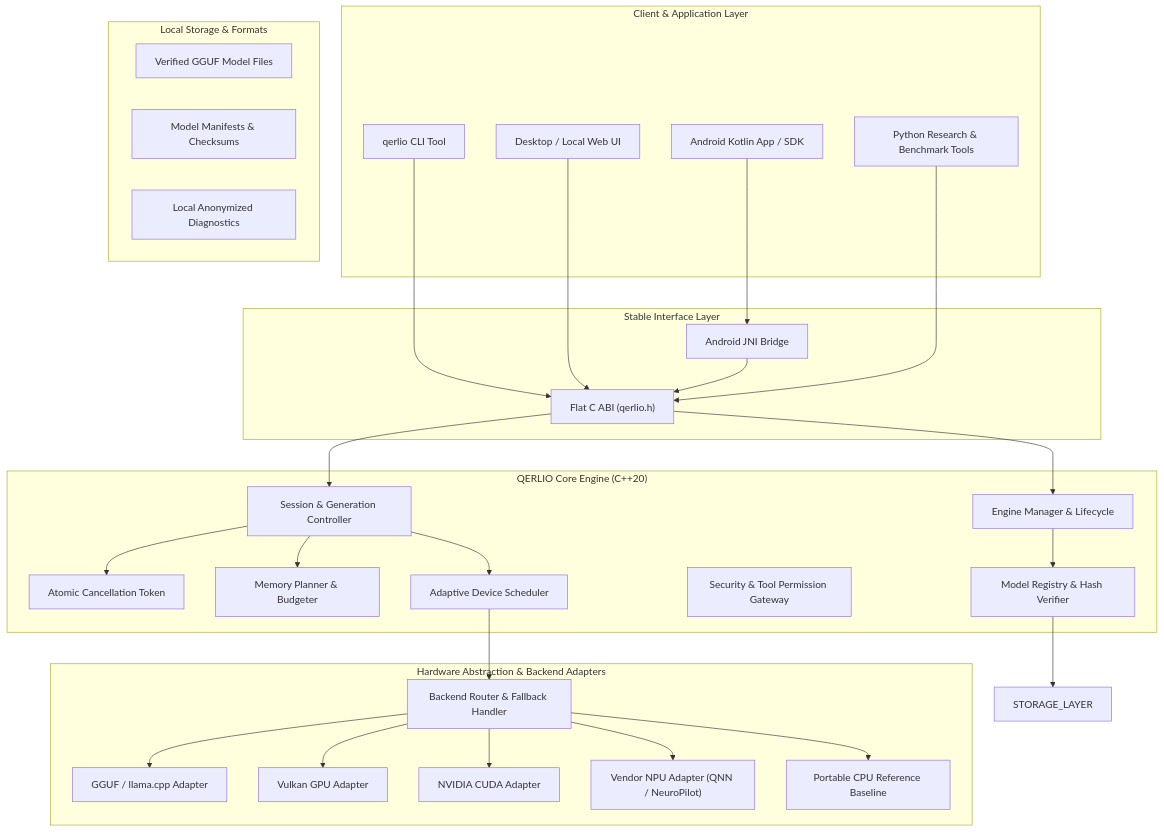
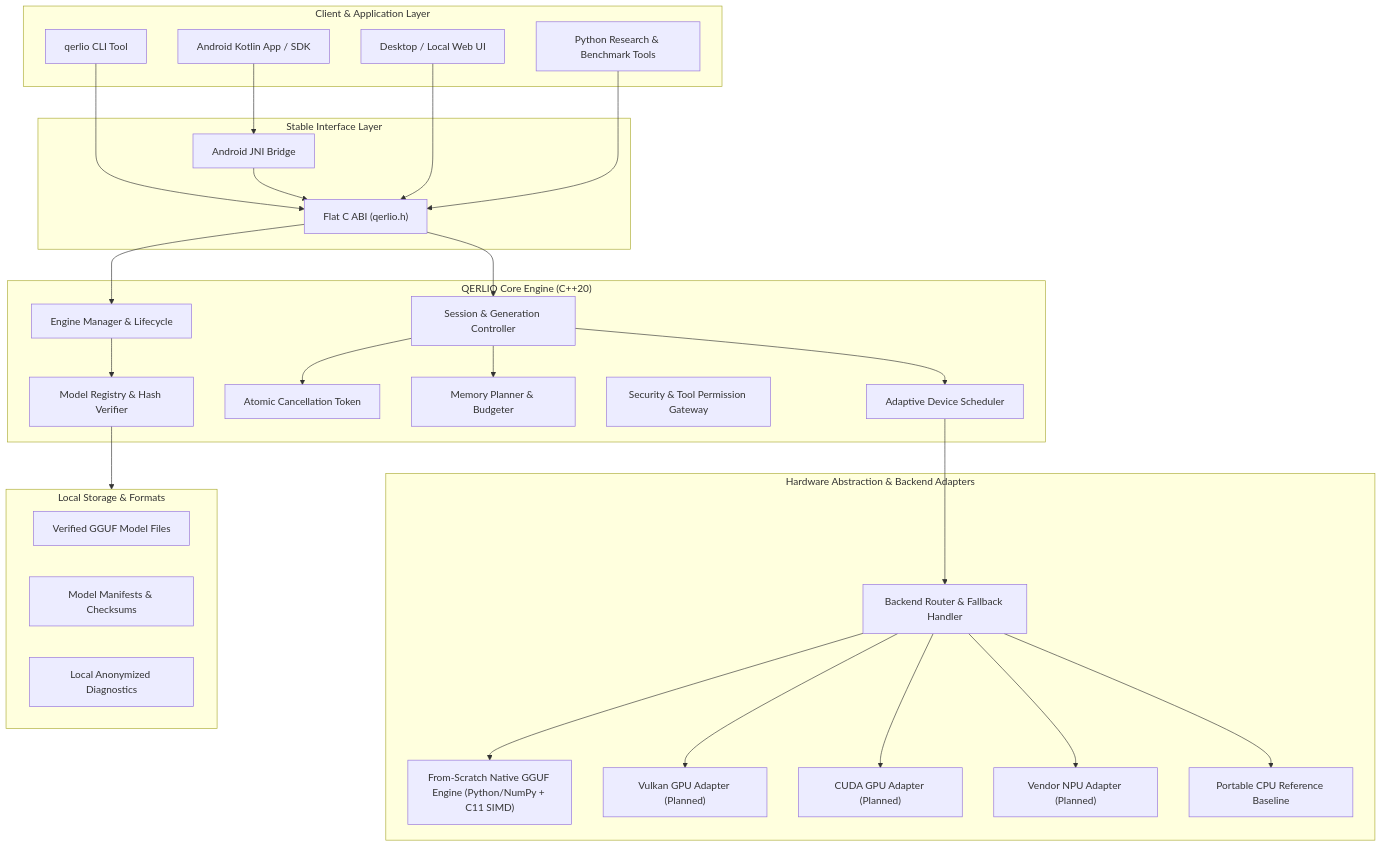
The first of 2 diagrams in docs/architecture/ARCHITECTURE.md (Mr-Noor-aldeen/QERLIO), drawn with Mermaid before and after one commit. The commit also changed 12 other files, not shown here.

````diff
--- a/docs/architecture/ARCHITECTURE.md
+++ b/docs/architecture/ARCHITECTURE.md
@@ -11,60 +11,60 @@
 ```mermaid
 flowchart TD
     subgraph ClientLayer ["Client & Application Layer"]
         CLI["qerlio CLI Tool"]
         APP_AND["Android Kotlin App / SDK"]
         APP_DSK["Desktop / Local Web UI"]
         PY_TOOL["Python Research & Benchmark Tools"]
     end
 
     subgraph InterfaceLayer ["Stable Interface Layer"]
         C_ABI["Flat C ABI (qerlio.h)"]
         JNI_BRIDGE["Android JNI Bridge"]
     end
 
     subgraph CoreEngine ["QERLIO Core Engine (C++20)"]
         ENG_MGR["Engine Manager & Lifecycle"]
         SESS_MGR["Session & Generation Controller"]
         CANCEL_TOK["Atomic Cancellation Token"]
         MEM_PLAN["Memory Planner & Budgeter"]
         SCHED["Adaptive Device Scheduler"]
         SAFE_GATE["Security & Tool Permission Gateway"]
         MOD_REG["Model Registry & Hash Verifier"]
     end
 
     subgraph BackendLayer ["Hardware Abstraction & Backend Adapters"]
         ROUTER["Backend Router & Fallback Handler"]
-        GGUF_BACKEND["GGUF / llama.cpp Adapter"]
-        VULKAN_BACKEND["Vulkan GPU Adapter"]
-        CUDA_BACKEND["NVIDIA CUDA Adapter"]
-        NPU_BACKEND["Vendor NPU Adapter (QNN / NeuroPilot)"]
+        GGUF_BACKEND["From-Scratch Native GGUF Engine (Python/NumPy + C11 SIMD)"]
+        VULKAN_BACKEND["Vulkan GPU Adapter (Planned)"]
+        CUDA_BACKEND["CUDA GPU Adapter (Planned)"]
+        NPU_BACKEND["Vendor NPU Adapter (Planned)"]
         CPU_REF["Portable CPU Reference Baseline"]
     end
 
     subgraph StorageLayer ["Local Storage & Formats"]
         MODELS_DIR["Verified GGUF Model Files"]
         MANIFEST_DB["Model Manifests & Checksums"]
         LOCAL_LOGS["Local Anonymized Diagnostics"]
     end
 
     CLI --> C_ABI
     APP_DSK --> C_ABI
     APP_AND --> JNI_BRIDGE --> C_ABI
     PY_TOOL --> C_ABI
 
     C_ABI --> ENG_MGR
     C_ABI --> SESS_MGR
     SESS_MGR --> CANCEL_TOK
     SESS_MGR --> MEM_PLAN
     SESS_MGR --> SCHED
     ENG_MGR --> MOD_REG
 
-    MOD_REG --> STORAGE_LAYER
+    MOD_REG --> StorageLayer
     SCHED --> ROUTER
 
     ROUTER --> GGUF_BACKEND
     ROUTER --> VULKAN_BACKEND
     ROUTER --> CUDA_BACKEND
     ROUTER --> NPU_BACKEND
     ROUTER --> CPU_REF
 ```
````
